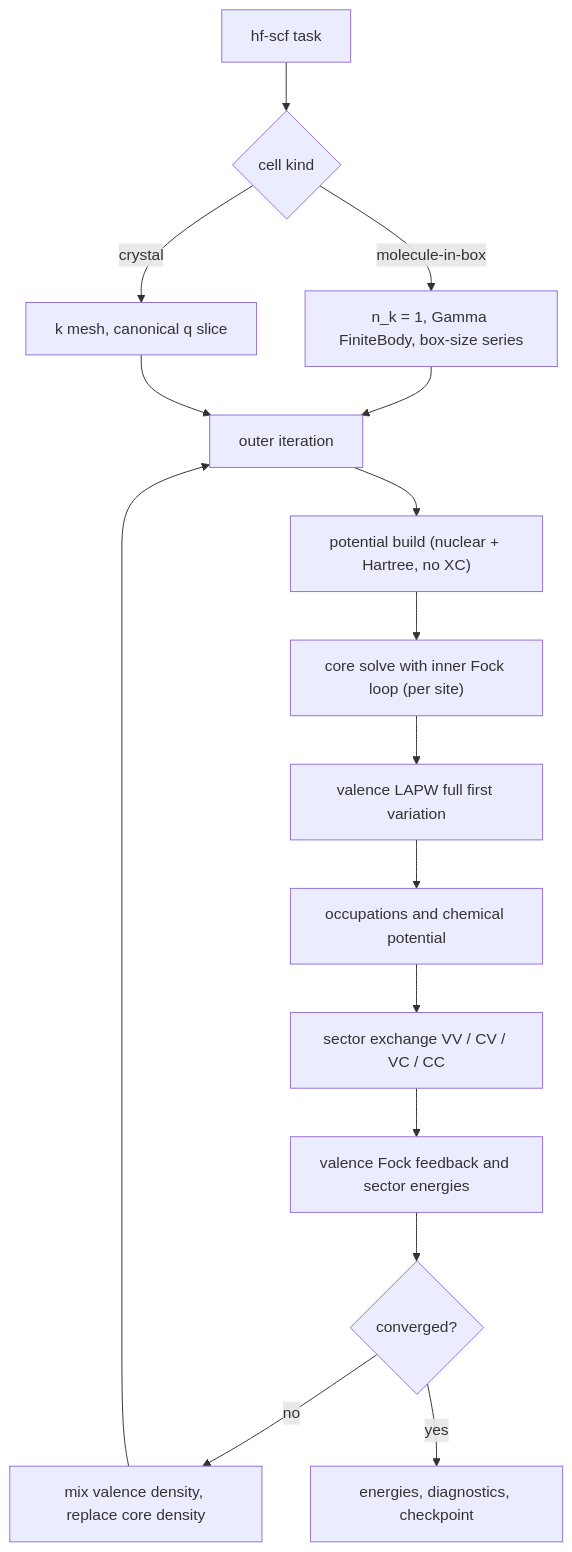
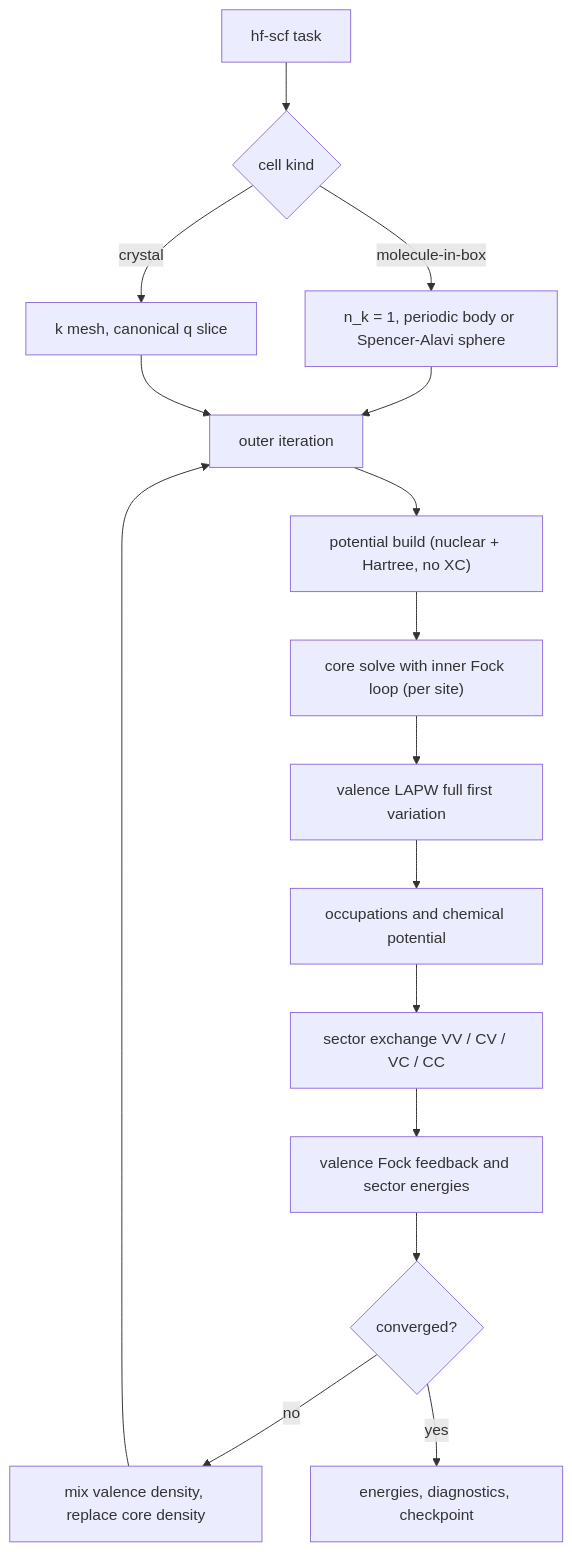
The first of 2 diagrams in doc/23_core_valence_exchange.md (weiyiguo9/libmuffintin), drawn with Mermaid before and after one commit. The commit also changed other lines of this file and 3 other files, not shown here.

````diff
--- a/doc/23_core_valence_exchange.md
+++ b/doc/23_core_valence_exchange.md
@@ -235,18 +237,18 @@
 ```mermaid
 flowchart TD
     A["hf-scf task"] --> B{"cell kind"}
-    B -->|"molecule-in-box"| C["n_k = 1, Gamma FiniteBody, box-size series"]
+    B -->|"molecule-in-box"| C["n_k = 1, periodic body or Spencer-Alavi sphere"]
     B -->|"crystal"| D["k mesh, canonical q slice"]
     C --> E["outer iteration"]
     D --> E
     E --> F["potential build (nuclear + Hartree, no XC)"]
     F --> G["core solve with inner Fock loop (per site)"]
     G --> H["valence LAPW full first variation"]
     H --> I["occupations and chemical potential"]
     I --> J["sector exchange VV / CV / VC / CC"]
     J --> K["valence Fock feedback and sector energies"]
     K --> L{"converged?"}
     L -->|"no"| M["mix valence density, replace core density"]
     M --> E
     L -->|"yes"| N["energies, diagnostics, checkpoint"]
 ```
````
